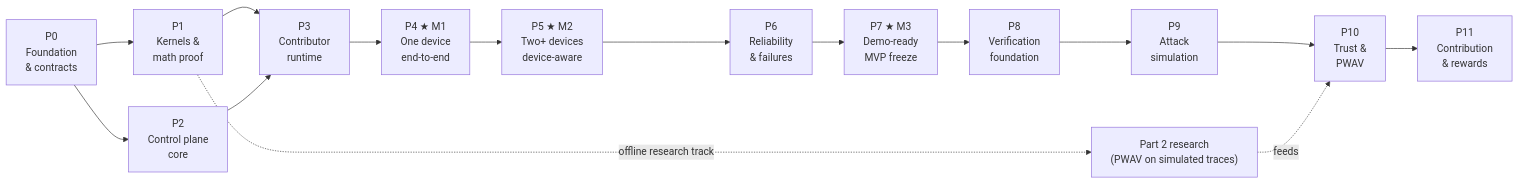
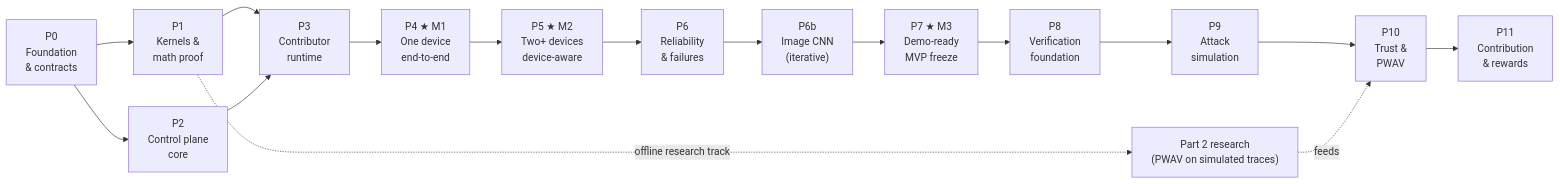
The diagram in PHASE_PLAN.md (OMG2Git/proofnet), drawn with Mermaid before and after one commit. The commit also changed other lines of this file and 2 other files, not shown here.

Commit message:
Docs: P6b scope extension (image CNN) across all three documents

````diff
--- a/PHASE_PLAN.md
+++ b/PHASE_PLAN.md
@@ -10,17 +10,18 @@
 ```mermaid
 flowchart LR
     P0["P0<br/>Foundation<br/>& contracts"] --> P1["P1<br/>Kernels &<br/>math proof"]
     P0 --> P2["P2<br/>Control plane<br/>core"]
     P1 --> P3["P3<br/>Contributor<br/>runtime"]
     P2 --> P3
     P3 --> P4["P4 ★ M1<br/>One device<br/>end-to-end"]
     P4 --> P5["P5 ★ M2<br/>Two+ devices<br/>device-aware"]
     P5 --> P6["P6<br/>Reliability<br/>& failures"]
-    P6 --> P7["P7 ★ M3<br/>Demo-ready<br/>MVP freeze"]
+    P6 --> P6B["P6b<br/>Image CNN<br/>(iterative)"]
+    P6B --> P7["P7 ★ M3<br/>Demo-ready<br/>MVP freeze"]
     P7 --> P8["P8<br/>Verification<br/>foundation"]
     P8 --> P9["P9<br/>Attack<br/>simulation"]
     P9 --> P10["P10<br/>Trust &<br/>PWAV"]
     P10 --> P11["P11<br/>Contribution<br/>& rewards"]
     P1 -. "offline research track" .-> R["Part 2 research<br/>(PWAV on simulated traces)"]
     R -. feeds .-> P10
 ```
````
